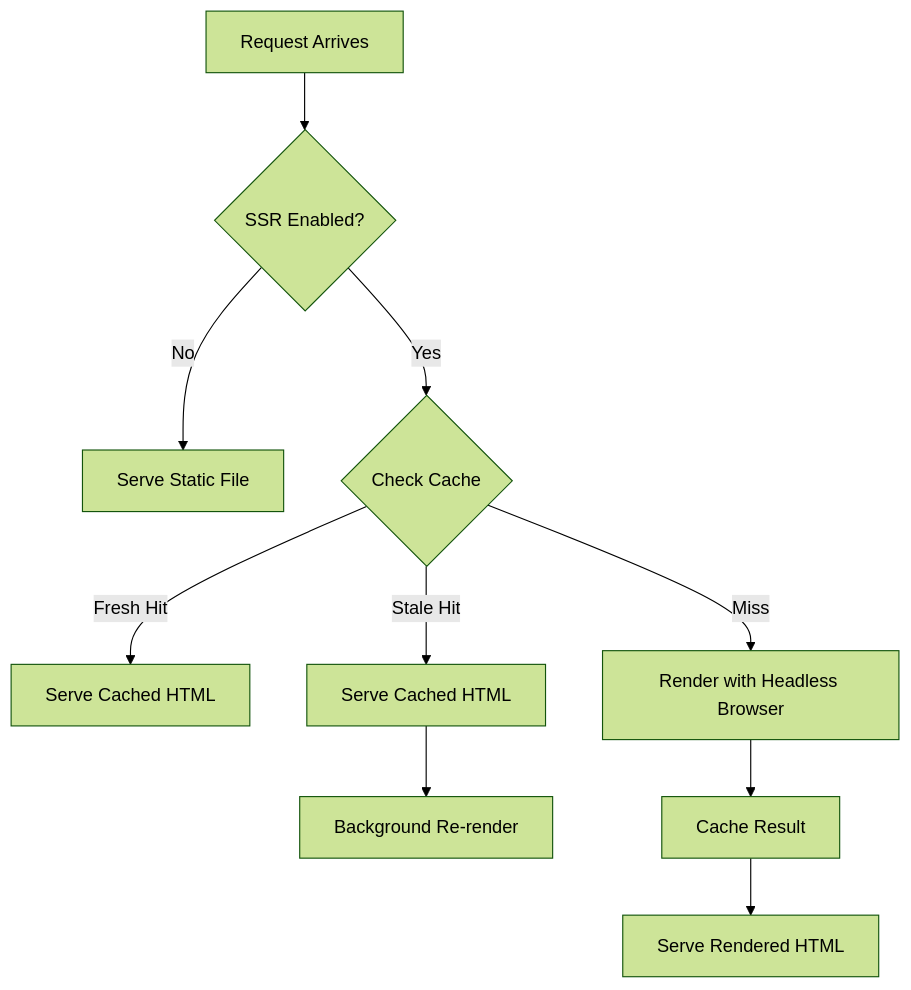
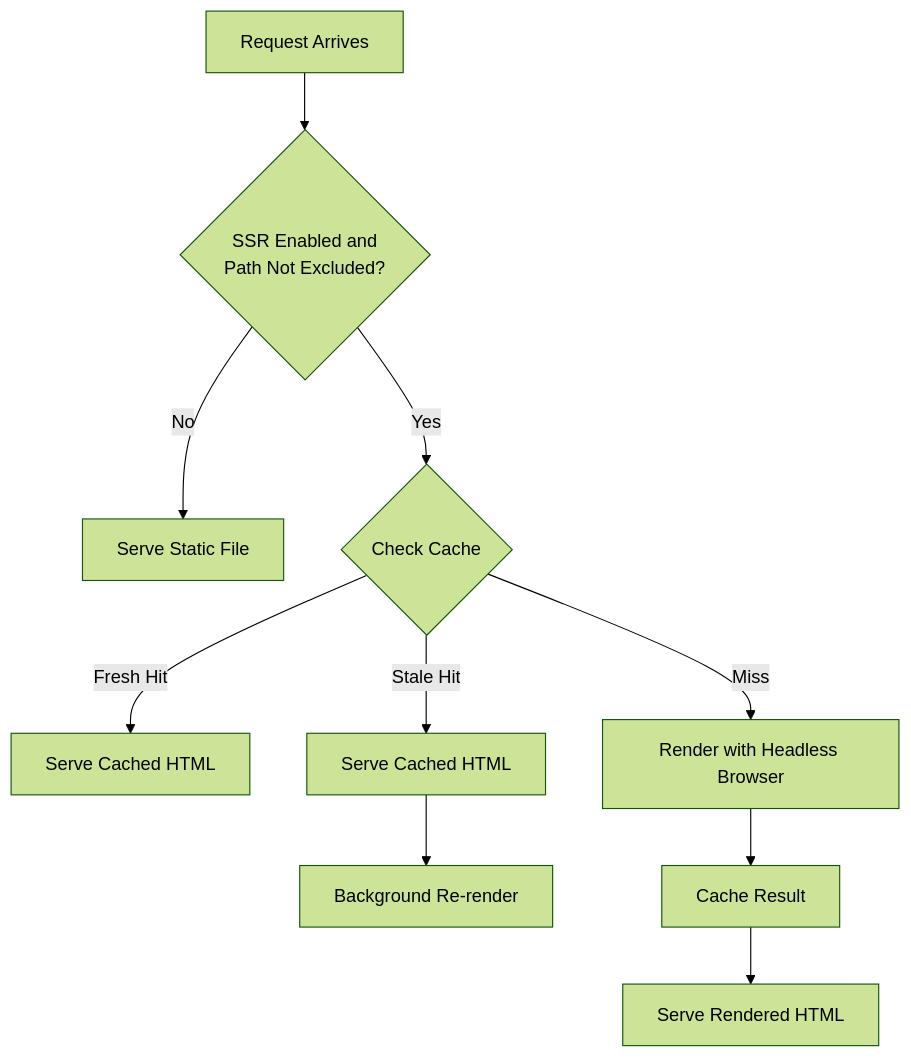
Before and after one commit to neilveil/renderx: the diagram in readme.md, drawn with Mermaid (forest theme). The commit also changed other lines of this file and 3 other files, not shown here.

````diff
--- a/readme.md
+++ b/readme.md
@@ -200,12 +218,12 @@
 ```mermaid
 flowchart TD
-    A[Request Arrives] --> B{SSR Enabled?}
+    A[Request Arrives] --> B{SSR Enabled and<br>Path Not Excluded?}
     B -->|No| C[Serve Static File]
     B -->|Yes| D{Check Cache}
     D -->|Fresh Hit| E[Serve Cached HTML]
     D -->|Stale Hit| F[Serve Cached HTML]
     F --> G[Background Re-render]
     D -->|Miss| H[Render with Headless Browser]
     H --> I[Cache Result]
     I --> J[Serve Rendered HTML]
 ```
````
